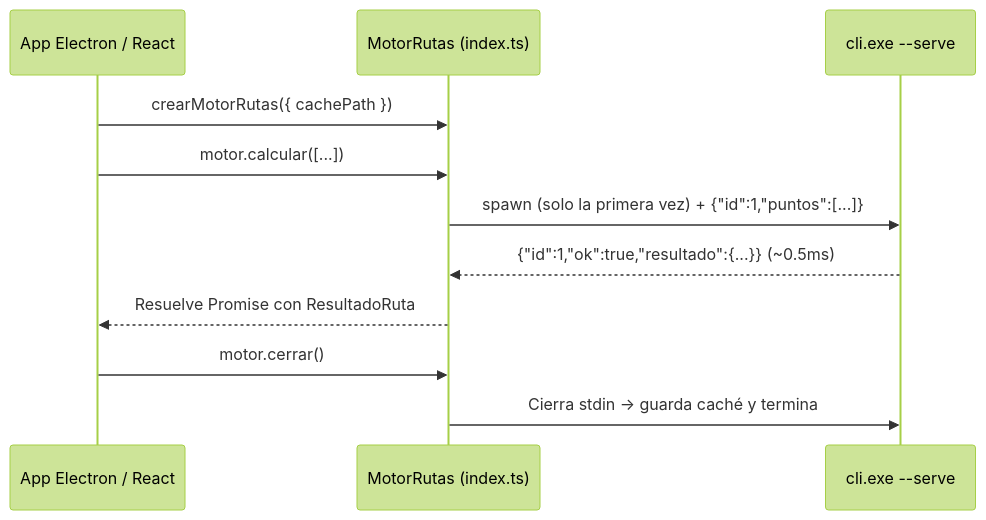
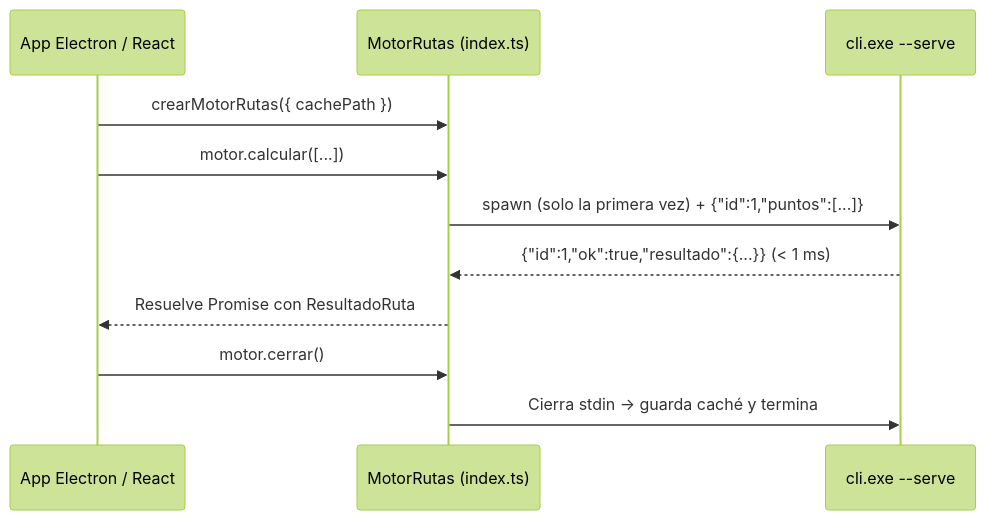
The second of 2 diagrams in docs/4_INTEGRACION_TYPESCRIPT_ELECTRON.md (Mahynlo/RutaCraftOSM), drawn with Mermaid (forest theme) before and after one commit. The commit also changed other lines of this file and 14 other files, not shown here.

````diff
--- a/docs/4_INTEGRACION_TYPESCRIPT_ELECTRON.md
+++ b/docs/4_INTEGRACION_TYPESCRIPT_ELECTRON.md
@@ -28,14 +28,14 @@
 ```mermaid
 sequenceDiagram
     participant App as App Electron / React
     participant TS as MotorRutas (index.ts)
     participant Cpp as cli.exe --serve
 
     App->>TS: crearMotorRutas({ cachePath })
     App->>TS: motor.calcular([...])
     TS->>Cpp: spawn (solo la primera vez) + {"id":1,"puntos":[...]}
-    Cpp-->>TS: {"id":1,"ok":true,"resultado":{...}} (~0.5ms)
+    Cpp-->>TS: {"id":1,"ok":true,"resultado":{...}} (< 1 ms)
     TS-->>App: Resuelve Promise con ResultadoRuta
     App->>TS: motor.cerrar()
     TS->>Cpp: Cierra stdin → guarda caché y termina
 ```
````
